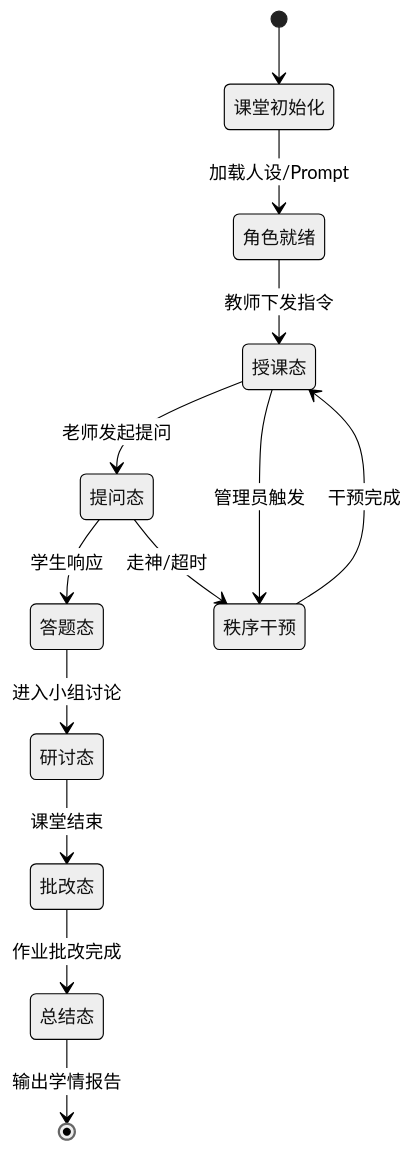
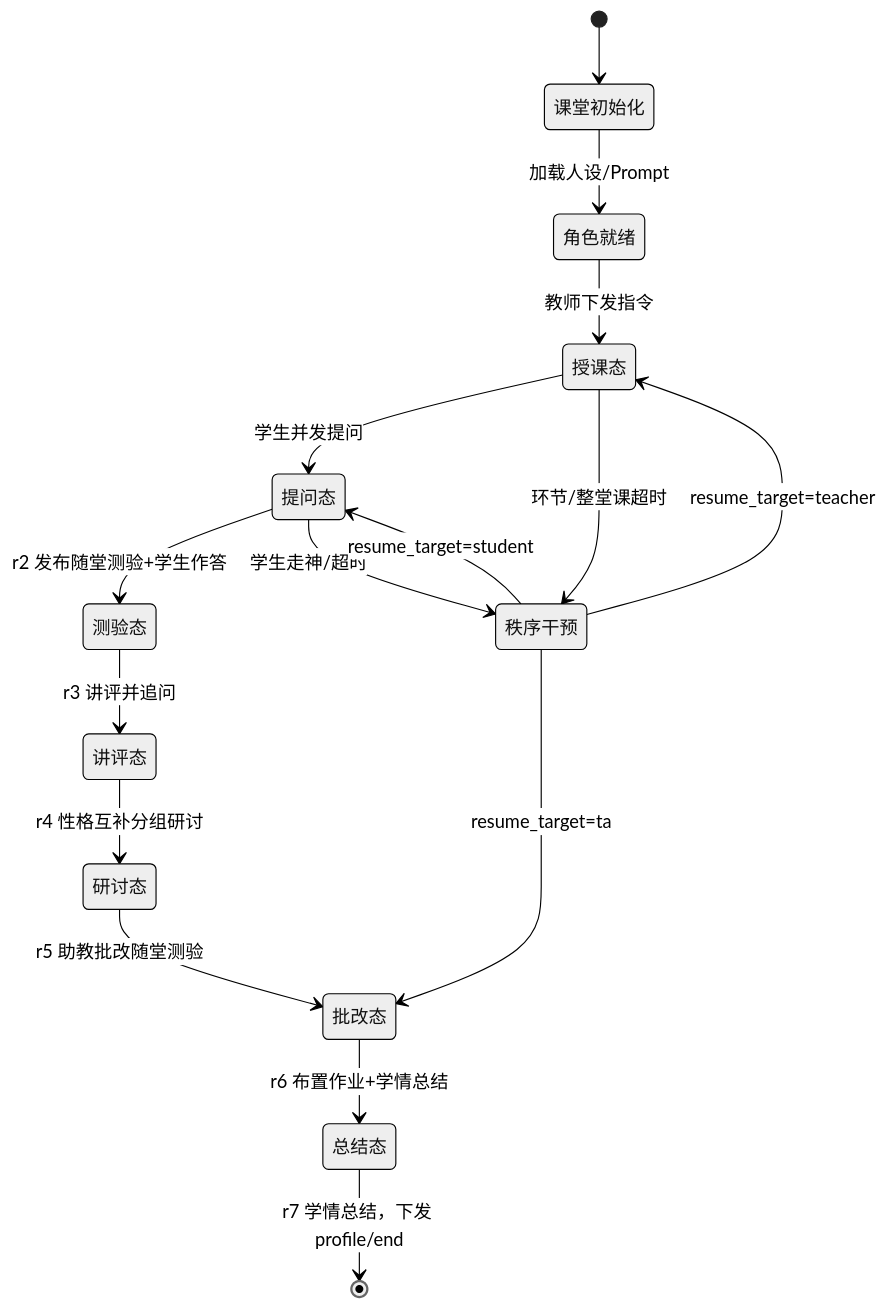
One commit to lz204/ai-classroom changed the sixth of 10 diagrams in AI_Classroom_多智能体互动教学课堂_项目文档.md. Above: the diagram before and after it, drawn with Mermaid (neutral theme). The commit also changed other lines of this file and 1 other file, not shown here.

````diff
--- a/AI_Classroom_多智能体互动教学课堂_项目文档.md
+++ b/AI_Classroom_多智能体互动教学课堂_项目文档.md
@@ -311,16 +346,19 @@
 ```mermaid
 stateDiagram-v2
     [*] --> 课堂初始化
     课堂初始化 --> 角色就绪: 加载人设/Prompt
     角色就绪 --> 授课态: 教师下发指令
-    授课态 --> 提问态: 老师发起提问
-    提问态 --> 答题态: 学生响应
-    答题态 --> 研讨态: 进入小组讨论
-    研讨态 --> 批改态: 课堂结束
-    批改态 --> 总结态: 作业批改完成
-    总结态 --> [*]: 输出学情报告
+    授课态 --> 提问态: 学生并发提问
+    提问态 --> 测验态: r2 发布随堂测验+学生作答
+    测验态 --> 讲评态: r3 讲评并追问
+    讲评态 --> 研讨态: r4 性格互补分组研讨
+    研讨态 --> 批改态: r5 助教批改随堂测验
+    批改态 --> 总结态: r6 布置作业+学情总结
+    总结态 --> [*]: r7 学情总结，下发 profile/end
 
-    授课态 --> 秩序干预: 管理员触发
-    提问态 --> 秩序干预: 走神/超时
-    秩序干预 --> 授课态: 干预完成
+    授课态 --> 秩序干预: 环节/整堂课超时
+    提问态 --> 秩序干预: 学生走神/超时
+    秩序干预 --> 授课态: resume_target=teacher
+    秩序干预 --> 提问态: resume_target=student
+    秩序干预 --> 批改态: resume_target=ta
 ```
````
